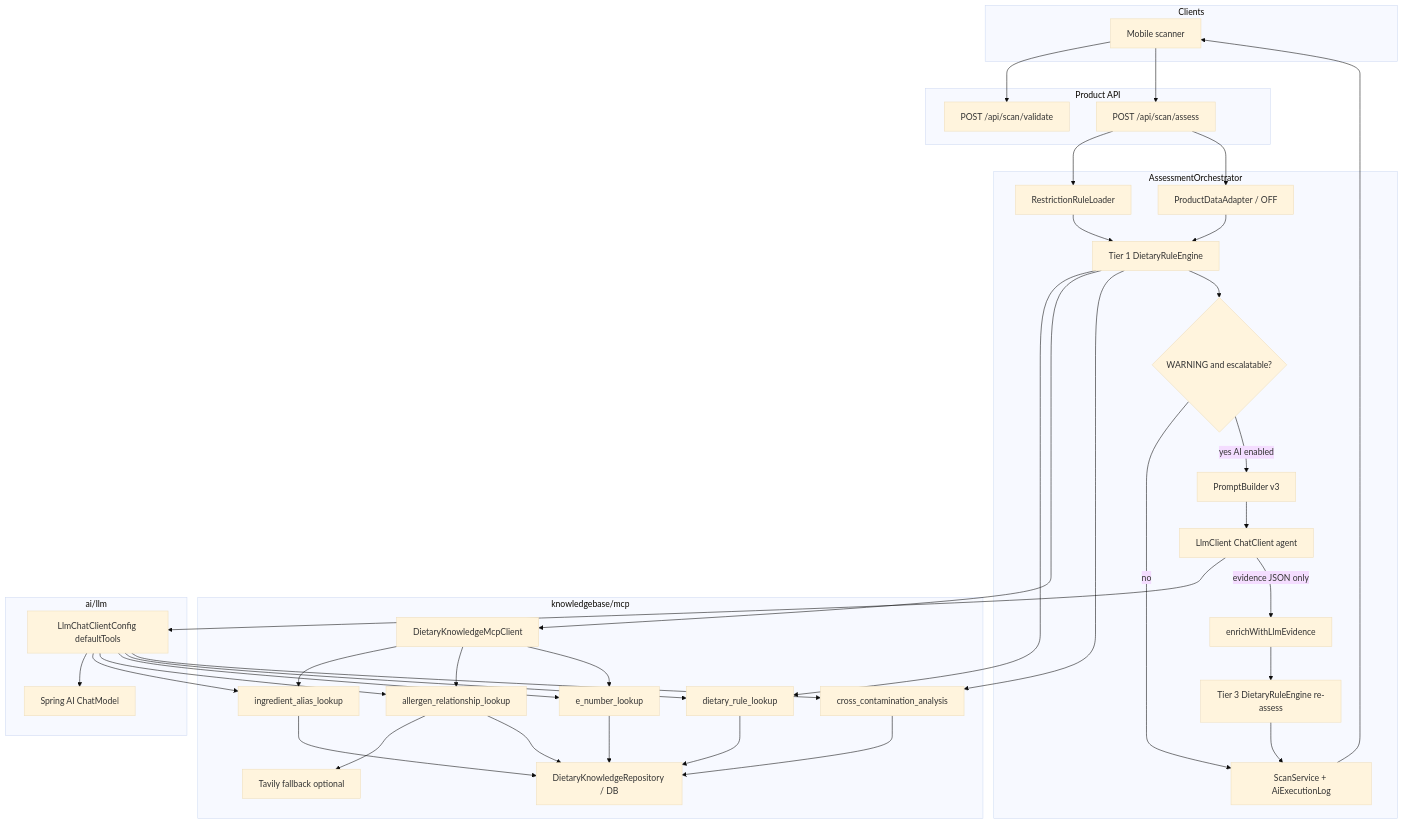
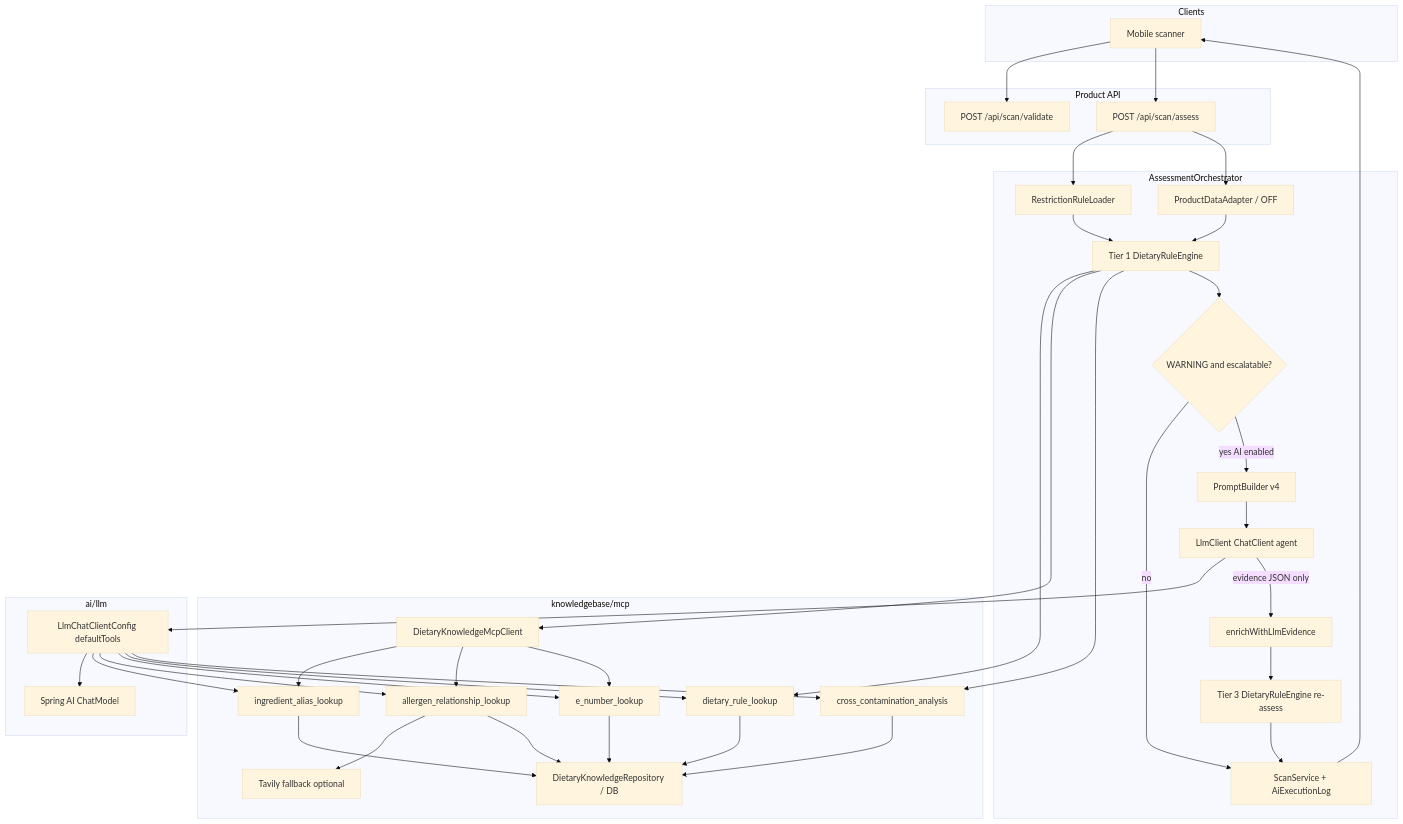
One commit to CanMakan-Team/CanMakan changed the first of 2 diagrams in docs/architecture/mcp-agent-architecture.md. Above: the diagram before and after it, drawn with Mermaid (base theme). The commit also changed 6 other files, not shown here.

````diff
--- a/docs/architecture/mcp-agent-architecture.md
+++ b/docs/architecture/mcp-agent-architecture.md
@@ -30,75 +30,75 @@
 ```mermaid
 flowchart TB
   subgraph clients [Clients]
     Mobile[Mobile scanner]
   end
 
   subgraph api [Product API]
     Validate["POST /api/scan/validate"]
     Assess["POST /api/scan/assess"]
   end
 
   subgraph orch [AssessmentOrchestrator]
     LoadRules[RestrictionRuleLoader]
     OffLookup[ProductDataAdapter / OFF]
     Tier1[Tier 1 DietaryRuleEngine]
     Escalate{WARNING and escalatable?}
-    Prompt[PromptBuilder v3]
+    Prompt[PromptBuilder v4]
     Agent[LlmClient ChatClient agent]
     Enrich[enrichWithLlmEvidence]
     Tier3[Tier 3 DietaryRuleEngine re-assess]
     Persist[ScanService + AiExecutionLog]
   end
 
   subgraph knowledge [knowledgebase/mcp]
     McpClient[DietaryKnowledgeMcpClient]
     Alias[ingredient_alias_lookup]
     Hier[allergen_relationship_lookup]
     ENum[e_number_lookup]
     DietRule[dietary_rule_lookup]
     Cross[cross_contamination_analysis]
     Repo[DietaryKnowledgeRepository / DB]
     Tavily[Tavily fallback optional]
   end
 
   subgraph ai [ai/llm]
     ChatCfg[LlmChatClientConfig defaultTools]
     ChatModel[Spring AI ChatModel]
   end
 
   Mobile --> Validate
   Mobile --> Assess
   Assess --> LoadRules
   Assess --> OffLookup
   LoadRules --> Tier1
   OffLookup --> Tier1
 
   Tier1 --> DietRule
   Tier1 --> McpClient
   McpClient --> Alias
   McpClient --> Hier
   McpClient --> ENum
   Hier --> Tavily
   Tier1 --> Cross
   Alias --> Repo
   Hier --> Repo
   ENum --> Repo
   DietRule --> Repo
   Cross --> Repo
 
   Tier1 --> Escalate
   Escalate -->|no| Persist
   Escalate -->|yes AI enabled| Prompt
   Prompt --> Agent
   Agent --> ChatCfg
   ChatCfg --> ChatModel
   ChatCfg --> Alias
   ChatCfg --> Hier
   ChatCfg --> ENum
   ChatCfg --> DietRule
   ChatCfg --> Cross
   Agent -->|evidence JSON only| Enrich
   Enrich --> Tier3
   Tier3 --> Persist
   Persist --> Mobile
 ```
````
